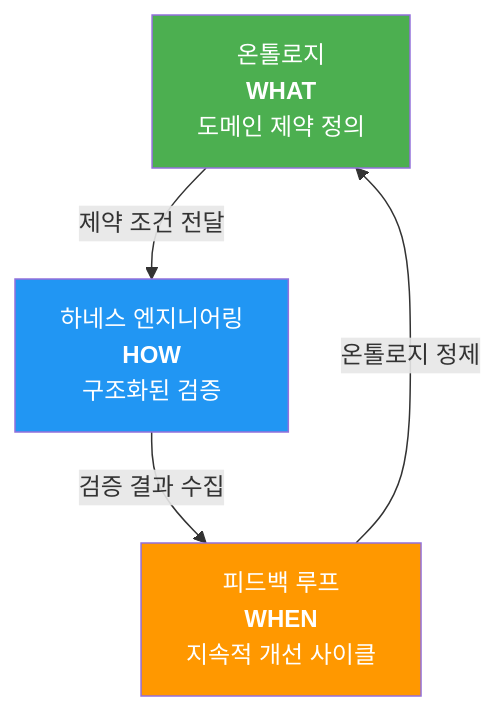
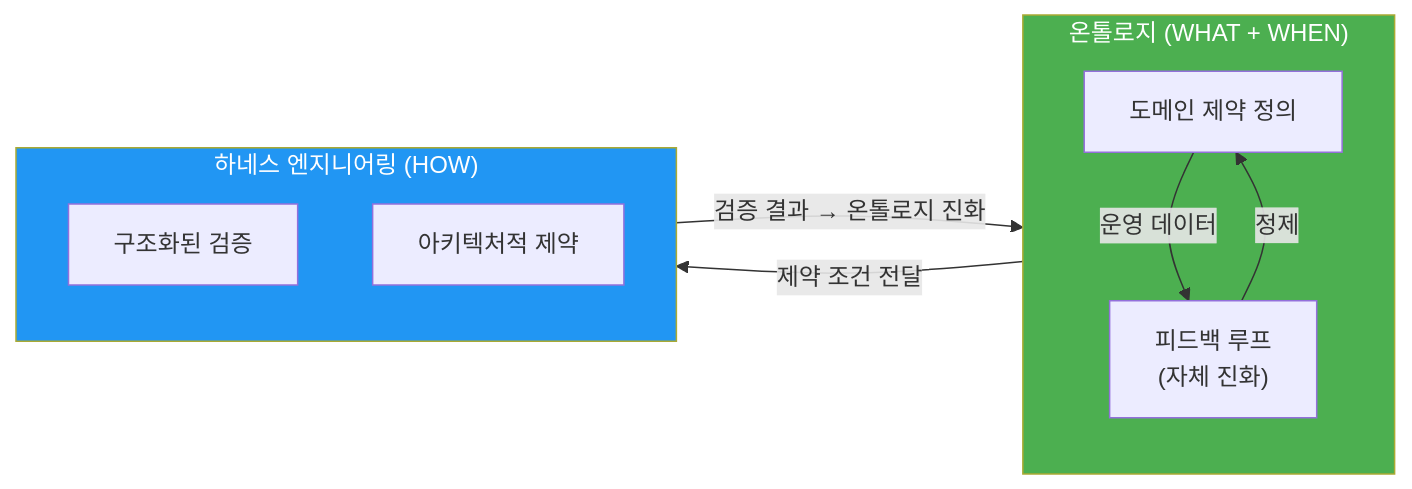
The second of 8 diagrams in docs/aidlc/aidlc-framework.md (devfloor9/engineering-playbook), drawn with Mermaid before and after one commit. The commit also changed other lines of this file and 16 other files, not shown here.

````diff
--- a/docs/aidlc/aidlc-framework.md
+++ b/docs/aidlc/aidlc-framework.md
@@ -227,14 +176,20 @@
 ```mermaid
-graph TD
-    ONT["온톨로지<br/><b>WHAT</b><br/>도메인 제약 정의"]
-    HAR["하네스 엔지니어링<br/><b>HOW</b><br/>구조화된 검증"]
-    FB["피드백 루프<br/><b>WHEN</b><br/>지속적 개선 사이클"]
+graph LR
+    subgraph Ontology["온톨로지 (WHAT + WHEN)"]
+        DEF["도메인 제약 정의"]
+        FB["피드백 루프<br/>(자체 진화)"]
+        DEF -->|"운영 데이터"| FB
+        FB -->|"정제"| DEF
+    end
 
-    ONT -->|"제약 조건 전달"| HAR
-    HAR -->|"검증 결과 수집"| FB
-    FB -->|"온톨로지 정제"| ONT
+    subgraph Harness["하네스 엔지니어링 (HOW)"]
+        VAL["구조화된 검증"]
+        ARCH["아키텍처적 제약"]
+    end
 
-    style ONT fill:#4caf50,color:#fff
-    style HAR fill:#2196f3,color:#fff
-    style FB fill:#ff9800,color:#fff
+    Ontology -->|"제약 조건 전달"| Harness
+    Harness -->|"검증 결과 → 온톨로지 진화"| Ontology
+
+    style Ontology fill:#4caf50,color:#fff
+    style Harness fill:#2196f3,color:#fff
 ```
````
